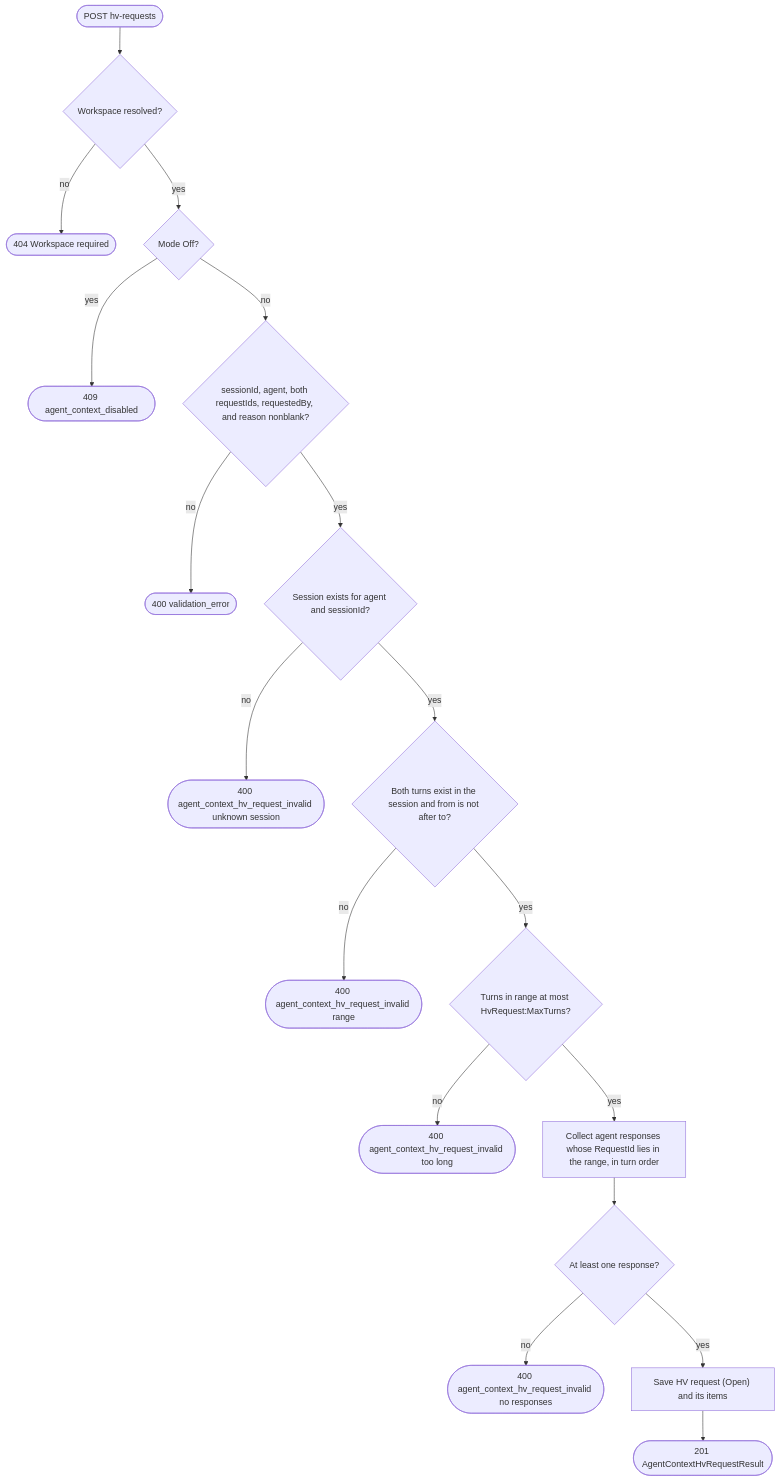
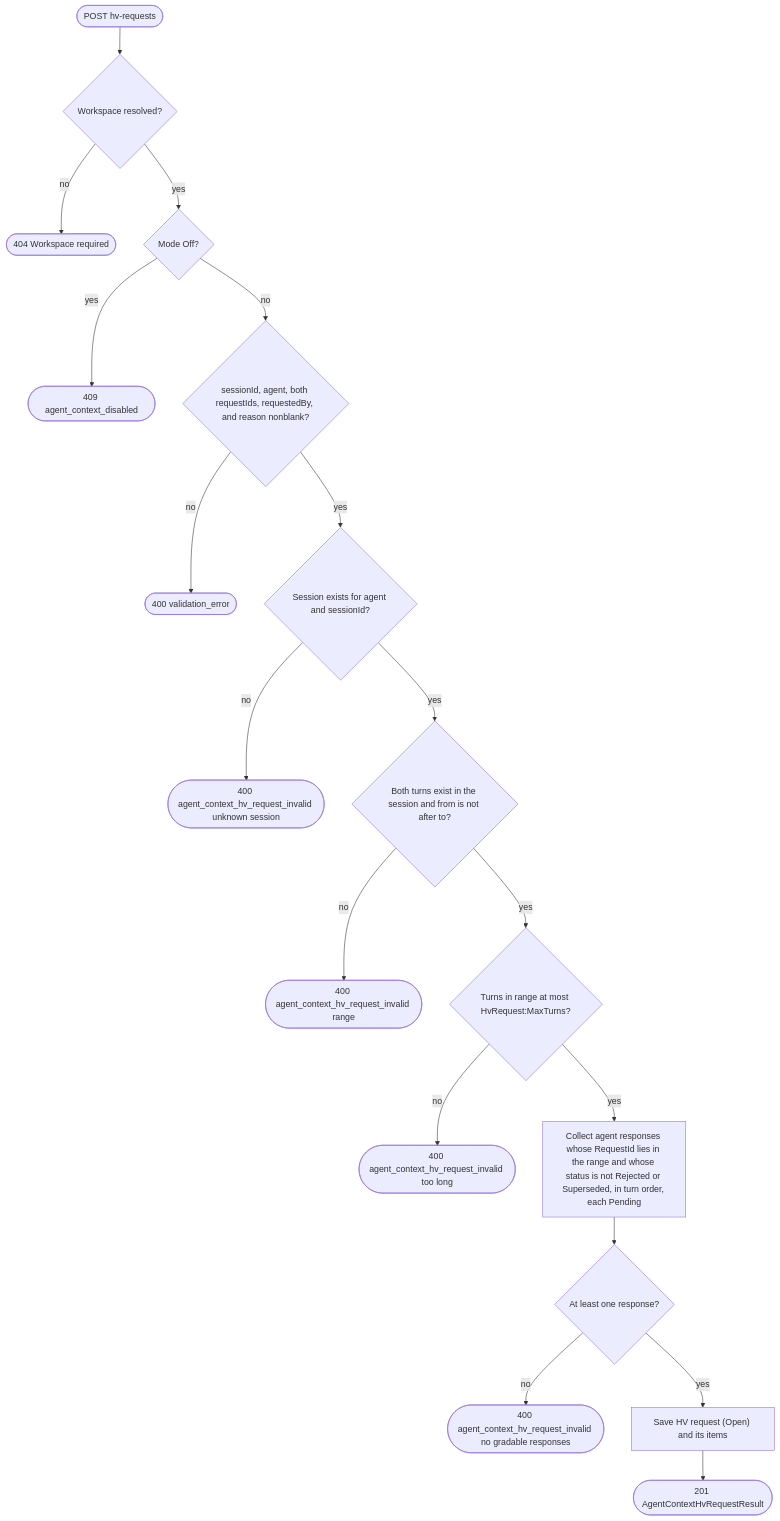
Diagram 23 of 59 in docs/Stateless-Agent-Context-Management.md (sharpninja/McpServer), drawn with Mermaid before and after one commit. The commit also changed other lines of this file and 2 other files, not shown here.

````diff
--- a/docs/Stateless-Agent-Context-Management.md
+++ b/docs/Stateless-Agent-Context-Management.md
@@ -851,20 +862,20 @@
 ```mermaid
 flowchart TD
     S(["POST hv-requests"]) --> W{"Workspace resolved?"}
     W -->|no| E0(["404 Workspace required"])
     W -->|yes| MO{"Mode Off?"}
     MO -->|yes| E1(["409 agent_context_disabled"])
     MO -->|no| V{"sessionId, agent, both requestIds, requestedBy, and reason nonblank?"}
     V -->|no| E2(["400 validation_error"])
     V -->|yes| SS{"Session exists for agent and sessionId?"}
     SS -->|no| E3(["400 agent_context_hv_request_invalid unknown session"])
     SS -->|yes| EP{"Both turns exist in the session and from is not after to?"}
     EP -->|no| E4(["400 agent_context_hv_request_invalid range"])
     EP -->|yes| LEN{"Turns in range at most HvRequest:MaxTurns?"}
     LEN -->|no| E5(["400 agent_context_hv_request_invalid too long"])
-    LEN -->|yes| RS["Collect agent responses whose RequestId lies in the range, in turn order"]
+    LEN -->|yes| RS["Collect agent responses whose RequestId lies in the range and whose status is not Rejected or Superseded, in turn order, each Pending"]
     RS --> ANY{"At least one response?"}
-    ANY -->|no| E6(["400 agent_context_hv_request_invalid no responses"])
+    ANY -->|no| E6(["400 agent_context_hv_request_invalid no gradable responses"])
     ANY -->|yes| SV["Save HV request (Open) and its items"]
     SV --> R(["201 AgentContextHvRequestResult"])
 ```
````
